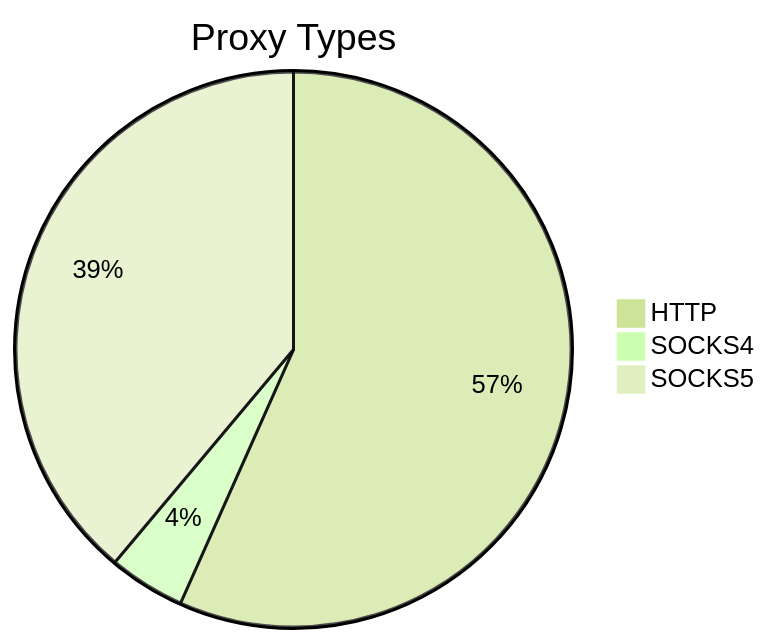
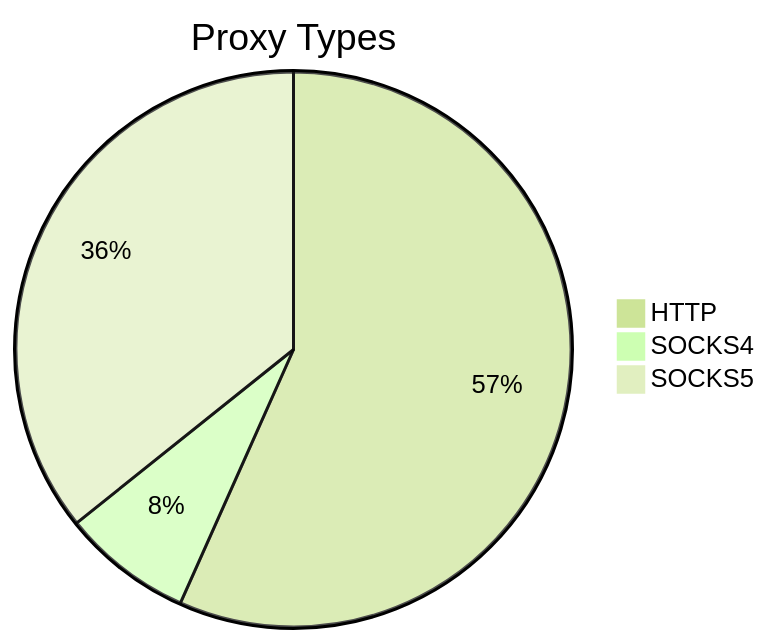
The first of 2 diagrams in README.md (stormsia/proxy-list), drawn with Mermaid (forest theme) before and after one commit. The commit also changed other lines of this file, not shown here.

````diff
--- a/README.md
+++ b/README.md
@@ -21,6 +21,6 @@
 ```mermaid
 pie title Proxy Types
-    "HTTP" : 51
-    "SOCKS4" : 4
-    "SOCKS5" : 35
+    "HTTP" : 157
+    "SOCKS4" : 21
+    "SOCKS5" : 99
 ```
````
